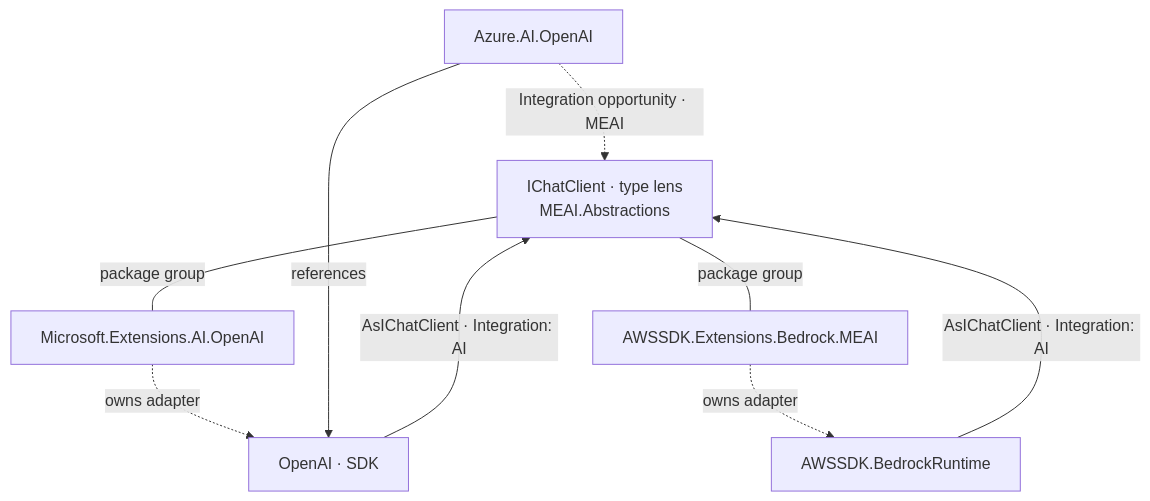
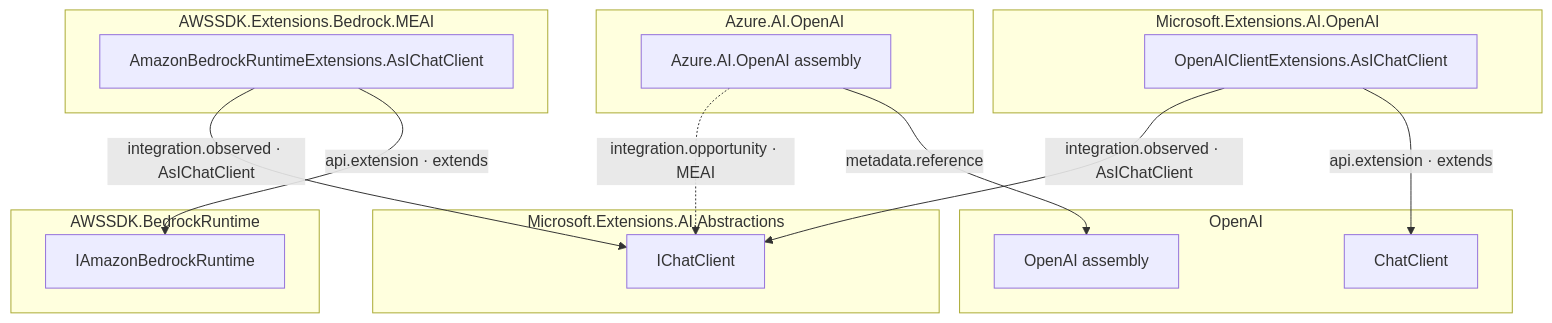
Before and after one commit to richlander/dotnet-inspect: the diagram in docs/workflows/discovery/aspire-ai-package-graph.md, drawn with Mermaid. The commit also changed other lines of this file and 8 other files, not shown here.

First line of the commit message:
Generalize inspection graph seed modes

````diff
--- a/docs/workflows/discovery/aspire-ai-package-graph.md
+++ b/docs/workflows/discovery/aspire-ai-package-graph.md
@@ -57,17 +57,28 @@
 ```mermaid
 flowchart TB
-  T["IChatClient · type lens<br/>MEAI.Abstractions"]
-  P_oai["Microsoft.Extensions.AI.OpenAI"]
-  P_br["AWSSDK.Extensions.Bedrock.MEAI"]
-  P_az["Azure.AI.OpenAI"]
-  S_oai["OpenAI · SDK"]
-  S_br["AWSSDK.BedrockRuntime"]
-  T ---|package group| P_oai
-  T ---|package group| P_br
-  S_oai -->|AsIChatClient · Integration: AI| T
-  S_br -->|AsIChatClient · Integration: AI| T
-  P_oai -.->|owns adapter| S_oai
-  P_br -.->|owns adapter| S_br
-  P_az -->|references| S_oai
-  P_az -.->|Integration opportunity · MEAI| T
+  subgraph G_abs["Microsoft.Extensions.AI.Abstractions"]
+    T["IChatClient"]
+  end
+  subgraph G_oai_adapter["Microsoft.Extensions.AI.OpenAI"]
+    A_oai["OpenAIClientExtensions.AsIChatClient"]
+  end
+  subgraph G_oai_sdk["OpenAI"]
+    OAI["OpenAI assembly"]
+    S_oai["ChatClient"]
+  end
+  subgraph G_br_adapter["AWSSDK.Extensions.Bedrock.MEAI"]
+    A_br["AmazonBedrockRuntimeExtensions.AsIChatClient"]
+  end
+  subgraph G_br_sdk["AWSSDK.BedrockRuntime"]
+    S_br["IAmazonBedrockRuntime"]
+  end
+  subgraph G_az["Azure.AI.OpenAI"]
+    AZ["Azure.AI.OpenAI assembly"]
+  end
+  A_oai -->|"api.extension · extends"| S_oai
+  A_oai -->|"integration.observed · AsIChatClient"| T
+  A_br -->|"api.extension · extends"| S_br
+  A_br -->|"integration.observed · AsIChatClient"| T
+  AZ -->|"metadata.reference"| OAI
+  AZ -.->|"integration.opportunity · MEAI"| T
 ```
````
